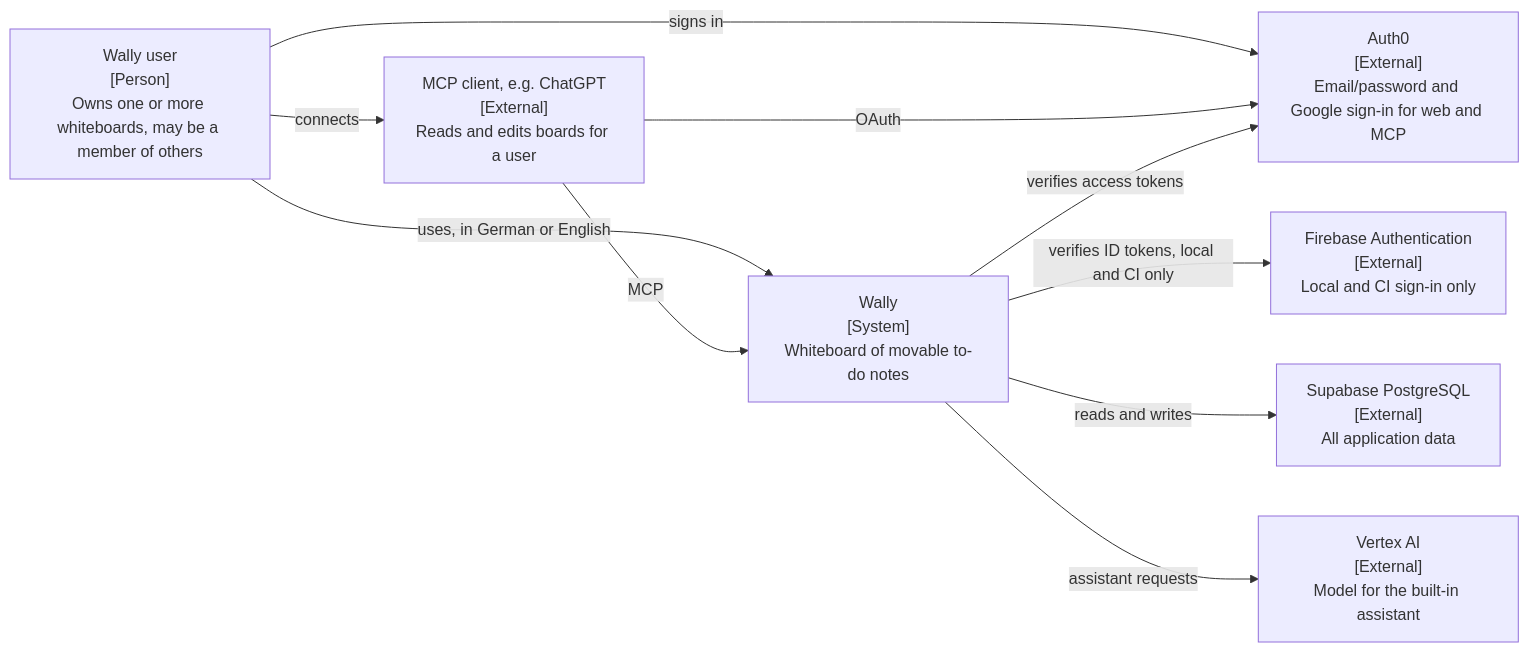
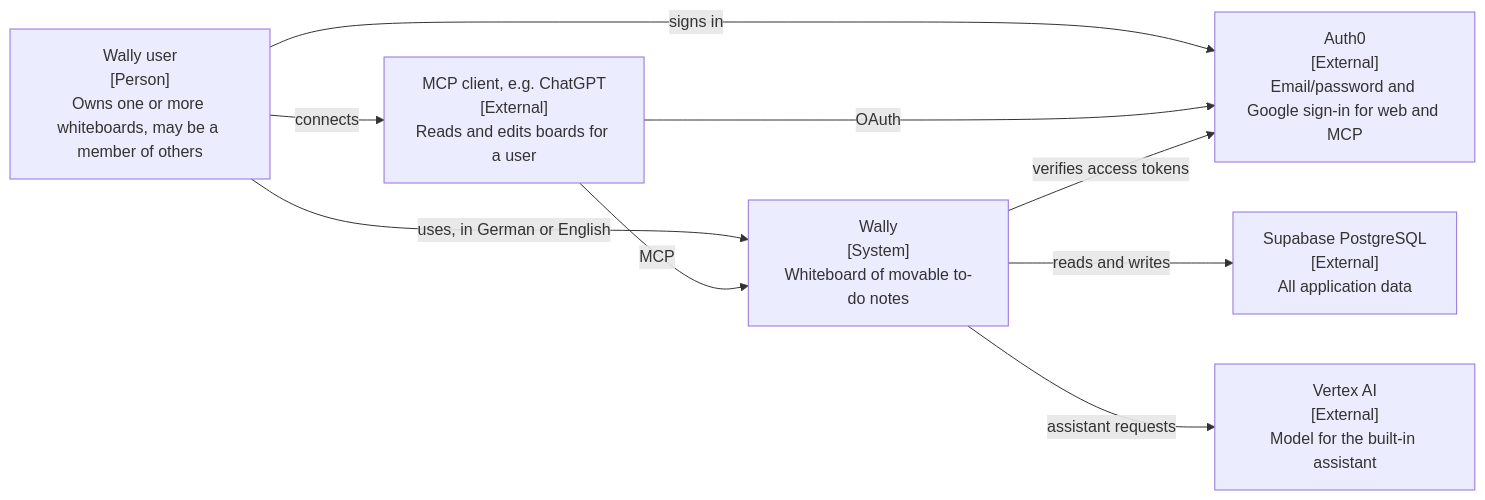
The first of 2 diagrams in docs/architecture/overview.md (milad-luminull/wally), drawn with Mermaid before and after one commit. The commit also changed other lines of this file and 15 other files, not shown here.

````diff
--- a/docs/architecture/overview.md
+++ b/docs/architecture/overview.md
@@ -11,19 +11,17 @@
 ```mermaid
 flowchart LR
   user["Wally user<br/>[Person]<br/>Owns one or more whiteboards, may be a member of others"]
   wally["Wally<br/>[System]<br/>Whiteboard of movable to-do notes"]
   host["MCP client, e.g. ChatGPT<br/>[External]<br/>Reads and edits boards for a user"]
   auth0["Auth0<br/>[External]<br/>Email/password and Google sign-in for web and MCP"]
-  fbauth["Firebase Authentication<br/>[External]<br/>Local and CI sign-in only"]
   store["Supabase PostgreSQL<br/>[External]<br/>All application data"]
   model["Vertex AI<br/>[External]<br/>Model for the built-in assistant"]
   user -->|uses, in German or English| wally
   user -->|signs in| auth0
   user -->|connects| host
   host -->|OAuth| auth0
   host -->|MCP| wally
   wally -->|verifies access tokens| auth0
-  wally -->|verifies ID tokens, local and CI only| fbauth
   wally -->|reads and writes| store
   wally -->|assistant requests| model
 ```
````
